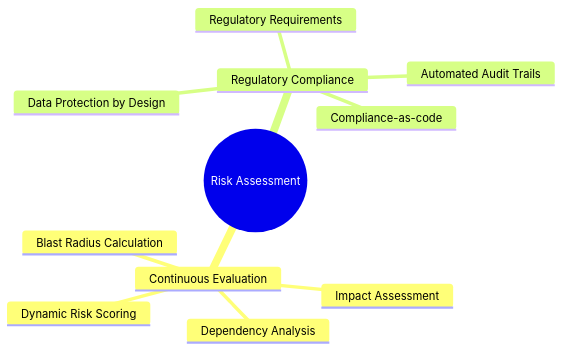
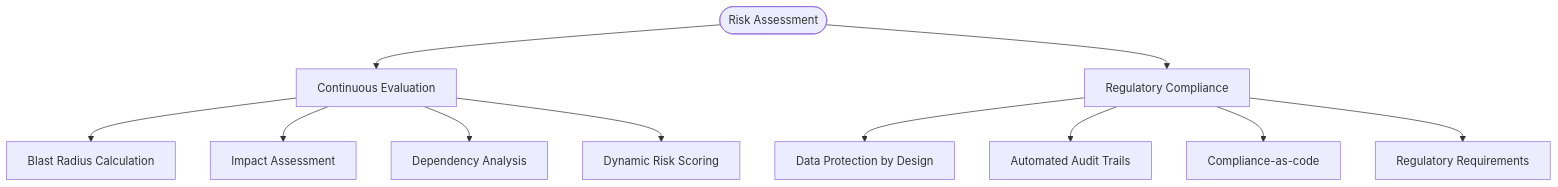
The diagram in docs/images/mindmap_10_security_risk.mmd (Geonitab/architecture_as_code), drawn with Mermaid before and after one commit. The commit also changed 31 other files, not shown here.

First line of the commit message:
Improve diagram readability: convert mindmaps to graph TD, redesign key diagrams

```diff
--- a/docs/images/mindmap_10_security_risk.mmd
+++ b/docs/images/mindmap_10_security_risk.mmd
@@ -1,12 +1,12 @@
-mindmap
-  root((Risk Assessment))
-    Continuous Evaluation
-      Blast Radius Calculation
-      Impact Assessment
-      Dependency Analysis
-      Dynamic Risk Scoring
-    Regulatory Compliance
-      Data Protection by Design
-      Automated Audit Trails
-      Compliance-as-code
-      Regulatory Requirements
+graph TD
+    ROOT(["Risk Assessment"])
+    ROOT --> CE["Continuous Evaluation"]
+    ROOT --> RC["Regulatory Compliance"]
+    CE --> CE1["Blast Radius Calculation"]
+    CE --> CE2["Impact Assessment"]
+    CE --> CE3["Dependency Analysis"]
+    CE --> CE4["Dynamic Risk Scoring"]
+    RC --> RC1["Data Protection by Design"]
+    RC --> RC2["Automated Audit Trails"]
+    RC --> RC3["Compliance-as-code"]
+    RC --> RC4["Regulatory Requirements"]
```
